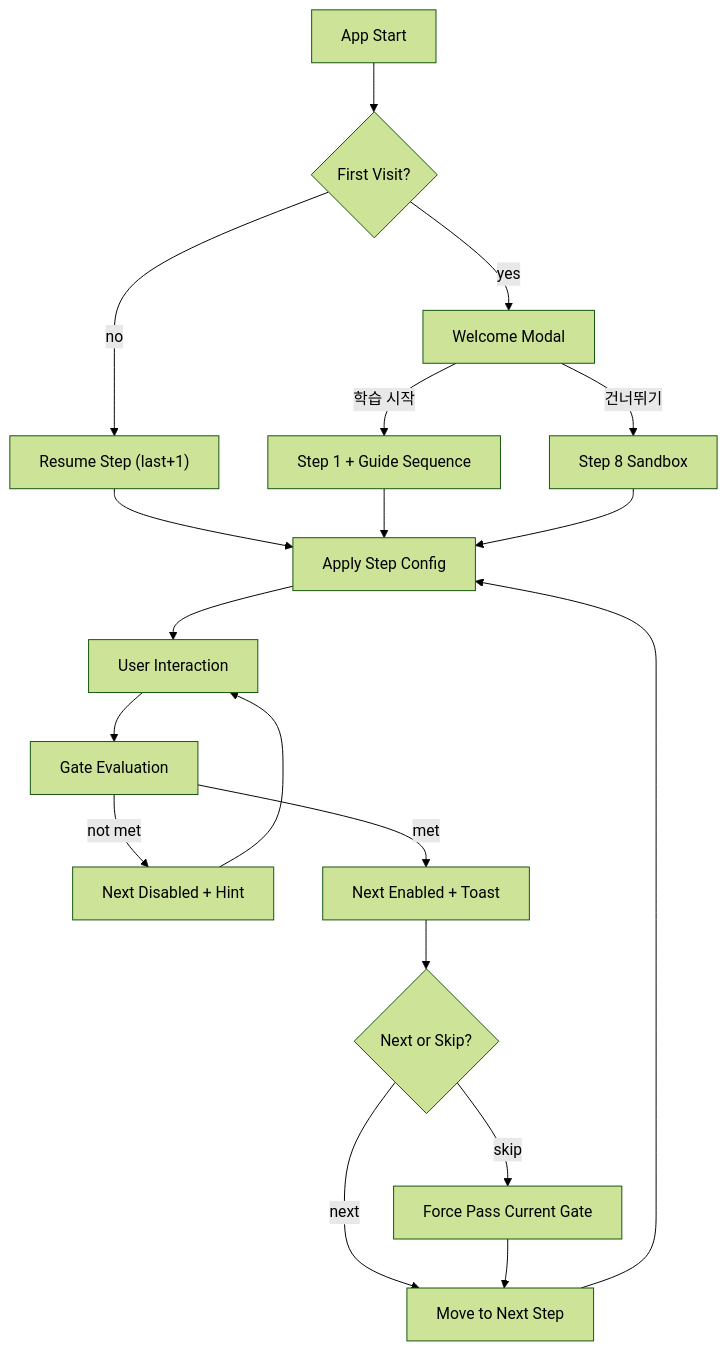
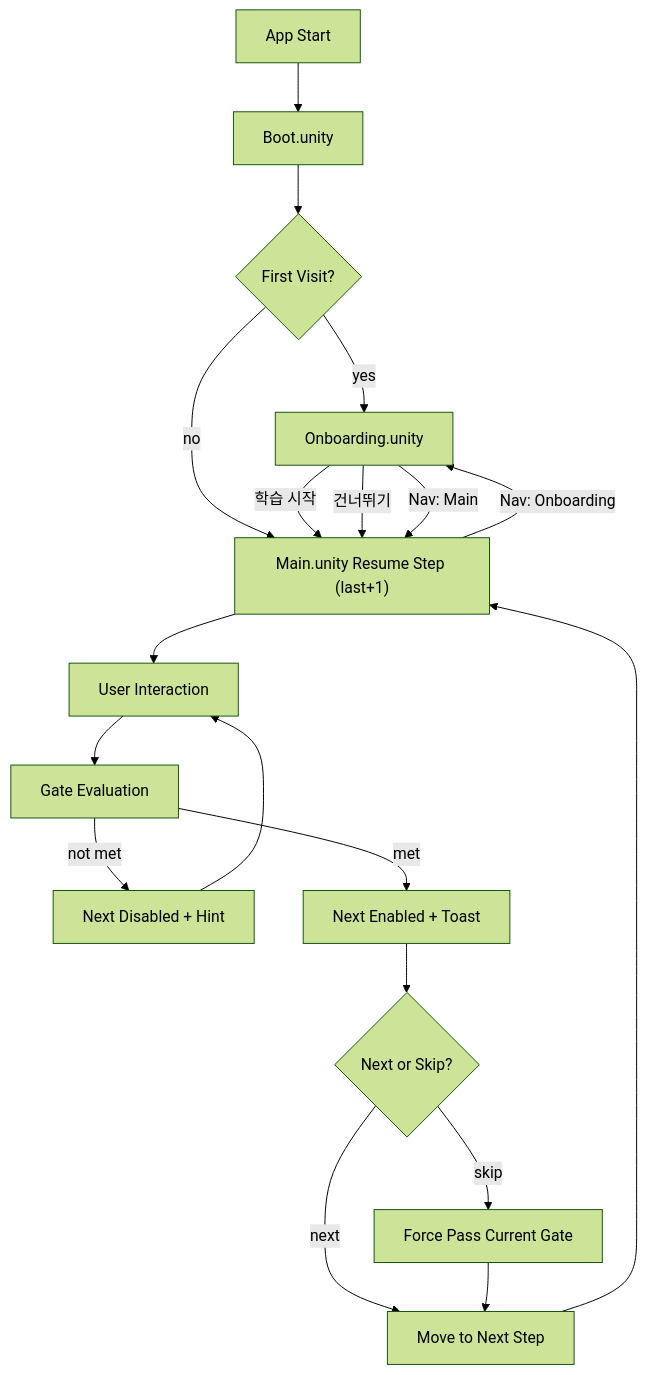
The diagram in docs/ref/USER-FLOW.md (kimjuyoung1127/robotapp), drawn with Mermaid (forest theme) before and after one commit. The commit also changed other lines of this file and 26 other files, not shown here.

Commit message:
feat: split onboarding and main scene flow

````diff
--- a/docs/ref/USER-FLOW.md
+++ b/docs/ref/USER-FLOW.md
@@ -26,22 +31,21 @@
 ```mermaid
 flowchart TD
-  A["App Start"] --> B{"First Visit?"}
-  B -->|"yes"| C["Welcome Modal"]
-  B -->|"no"| D["Resume Step (last+1)"]
+  A["App Start"] --> B["Boot.unity"]
+  B --> C{"First Visit?"}
+  C -->|"yes"| D["Onboarding.unity"]
+  C -->|"no"| E["Main.unity Resume Step (last+1)"]
 
-  C -->|"학습 시작"| E["Step 1 + Guide Sequence"]
-  C -->|"건너뛰기"| F["Step 8 Sandbox"]
+  D -->|"학습 시작"| E
+  D -->|"건너뛰기"| E
+  D -->|"Nav: Main"| E
+  E -->|"Nav: Onboarding"| D
 
-  D --> G["Apply Step Config"]
-  E --> G
-  F --> G
+  E --> F["User Interaction"]
+  F --> G["Gate Evaluation"]
+  G -->|"not met"| H["Next Disabled + Hint"] --> F
+  G -->|"met"| I["Next Enabled + Toast"]
 
-  G --> H["User Interaction"]
-  H --> I["Gate Evaluation"]
-  I -->|"not met"| J["Next Disabled + Hint"] --> H
-  I -->|"met"| K["Next Enabled + Toast"]
-
-  K --> L{"Next or Skip?"}
-  L -->|"next"| M["Move to Next Step"] --> G
-  L -->|"skip"| N["Force Pass Current Gate"] --> M
+  I --> J{"Next or Skip?"}
+  J -->|"next"| K["Move to Next Step"] --> E
+  J -->|"skip"| L["Force Pass Current Gate"] --> K
 ```
````
